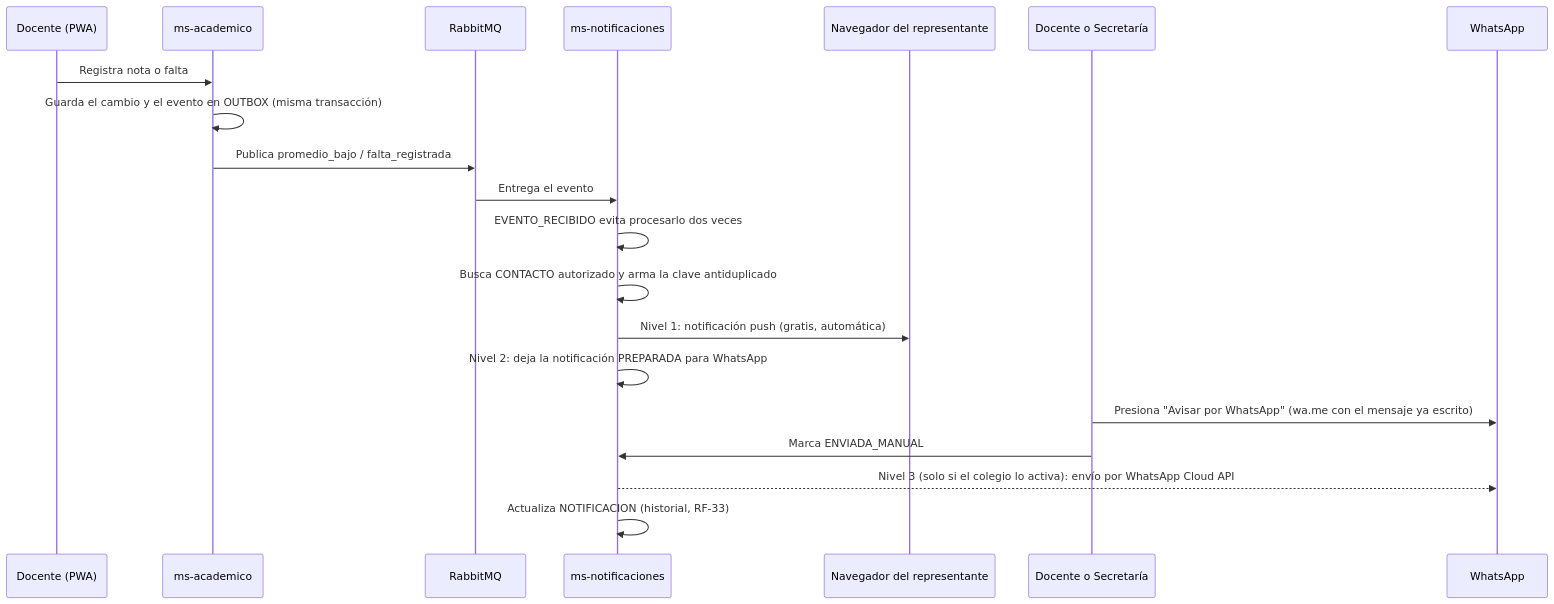
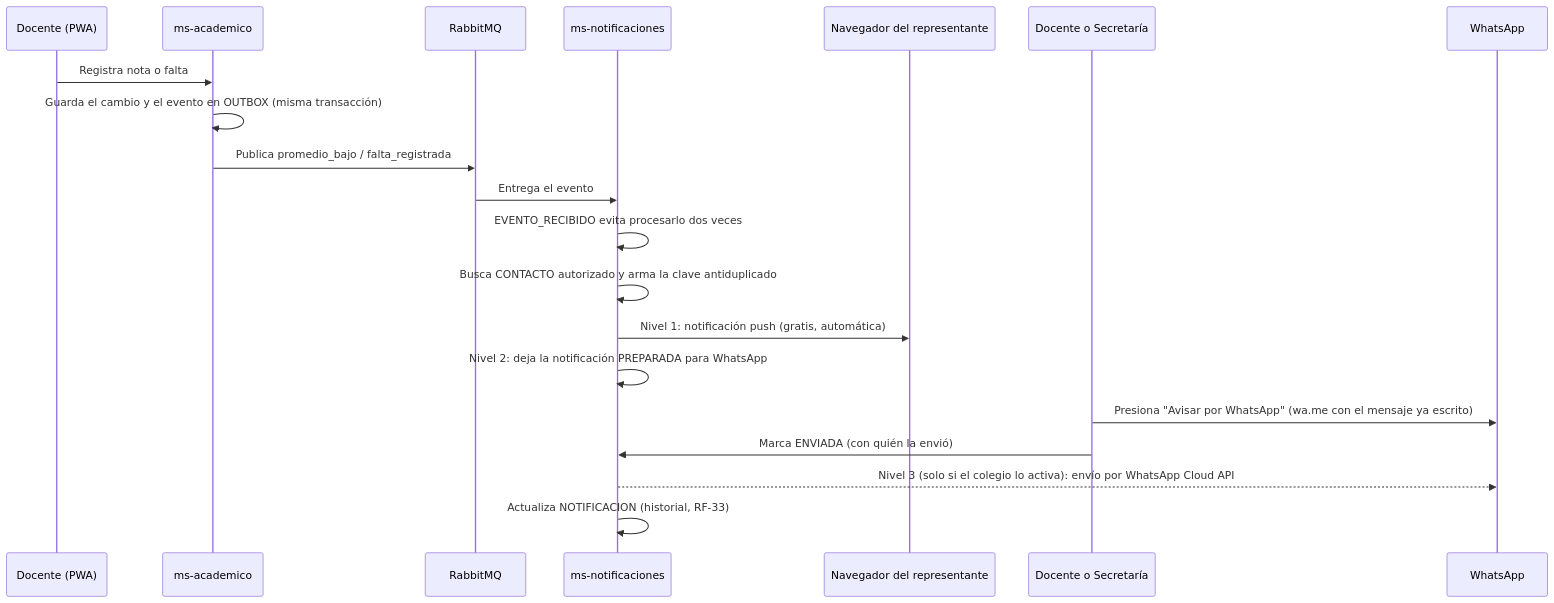
The third of 3 diagrams in docs/arquitectura/modelo_datos.md (SB-Solutions-EC/AulaConecta), drawn with Mermaid before and after one commit. The commit also changed other lines of this file and 96 other files, not shown here.

````diff
--- a/docs/arquitectura/modelo_datos.md
+++ b/docs/arquitectura/modelo_datos.md
@@ -277,22 +312,22 @@
 ```mermaid
 sequenceDiagram
     participant D as Docente (PWA)
     participant A as ms-academico
     participant Q as RabbitMQ
     participant N as ms-notificaciones
     participant P as Navegador del representante
     participant S as Docente o Secretaría
     participant W as WhatsApp
     D->>A: Registra nota o falta
     A->>A: Guarda el cambio y el evento en OUTBOX (misma transacción)
     A->>Q: Publica promedio_bajo / falta_registrada
     Q->>N: Entrega el evento
     N->>N: EVENTO_RECIBIDO evita procesarlo dos veces
     N->>N: Busca CONTACTO autorizado y arma la clave antiduplicado
     N->>P: Nivel 1: notificación push (gratis, automática)
     N->>N: Nivel 2: deja la notificación PREPARADA para WhatsApp
     S->>W: Presiona "Avisar por WhatsApp" (wa.me con el mensaje ya escrito)
-    S->>N: Marca ENVIADA_MANUAL
+    S->>N: Marca ENVIADA (con quién la envió)
     N-->>W: Nivel 3 (solo si el colegio lo activa): envío por WhatsApp Cloud API
     N->>N: Actualiza NOTIFICACION (historial, RF-33)
 ```
````
